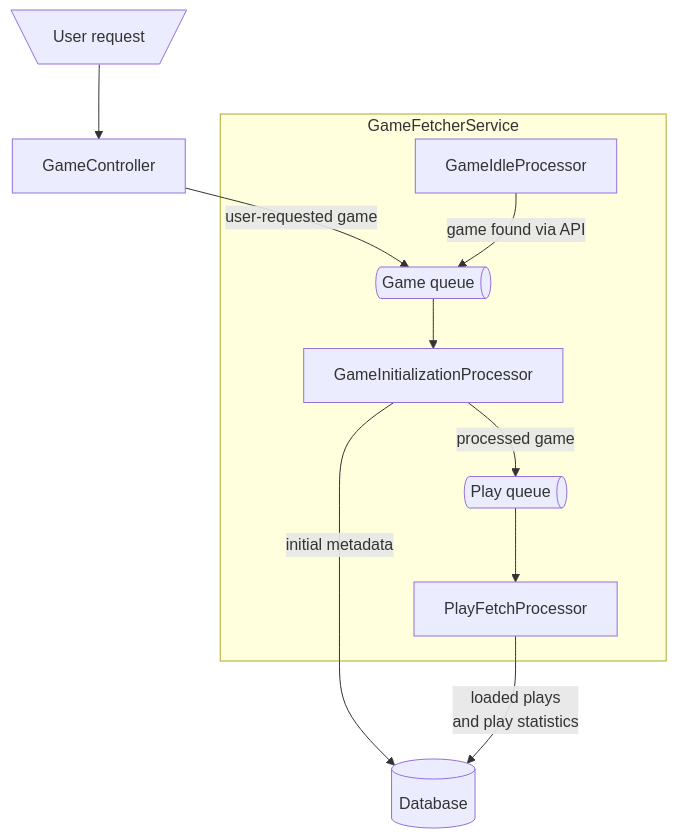
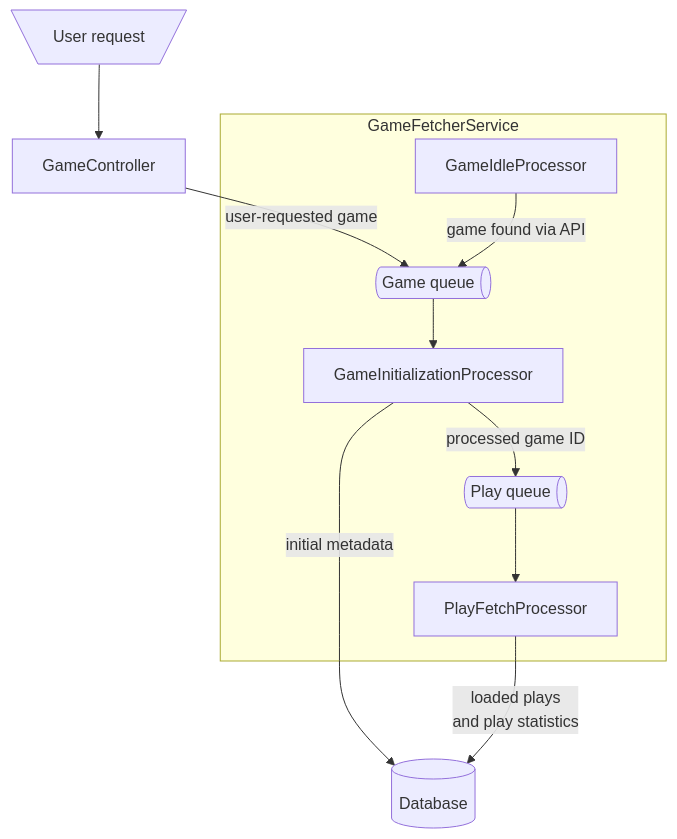
One commit to TJSomething/GameTime changed the diagram in README.md. Above: the diagram before and after it, drawn with Mermaid. The commit also changed other lines of this file, not shown here.

````diff
--- a/README.md
+++ b/README.md
@@ -22,18 +22,18 @@
 ```mermaid
 flowchart TD
   User@{ shape: trap-t, label: "User request" } --> GC
   GC[GameController] --user-requested game--> GQ@{ shape: das, label: "Game queue" }
   Idle[GameIdleProcessor] --game found via API--> GQ
-  GameInit --processed game--> PQ@{ shape: das, label: "Play queue" }
+  GameInit --processed game ID--> PQ@{ shape: das, label: "Play queue" }
   GQ --> GameInit[GameInitializationProcessor] --initial metadata--> DB[(Database)]
   PQ --> PlayFetch[PlayFetchProcessor]
   PlayFetch --loaded plays\nand play statistics--> DB
   
   subgraph GameFetcherService
     Idle
     GameInit
     GQ
     PQ
     PlayFetch
   end
 ```
````
